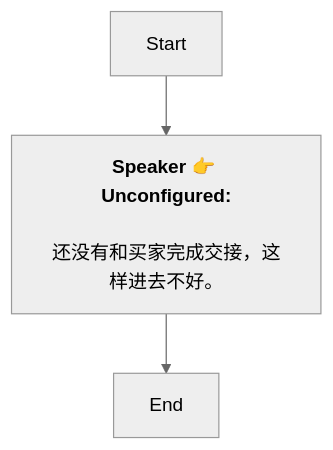
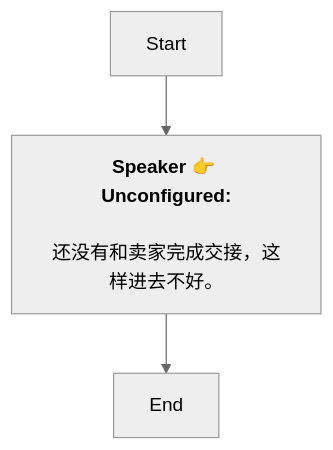
Before and after one commit to SoftHu/tos_avg: the diagram in Zh/HotelLocked.md, drawn with Mermaid (neutral theme). The commit also changed 297 other files, not shown here.

````diff
--- a/Zh/HotelLocked.md
+++ b/Zh/HotelLocked.md
@@ -1,8 +1,8 @@
 ```mermaid
 graph
 Start -->1738457327230061[<b>Speaker 👉 Unconfigured:</b>
 
-还没有和买家完成交接，这样进去不好。]
+还没有和卖家完成交接，这样进去不好。]
 1738457327230061 -->1738457337441390[End]
 
  ```
````
